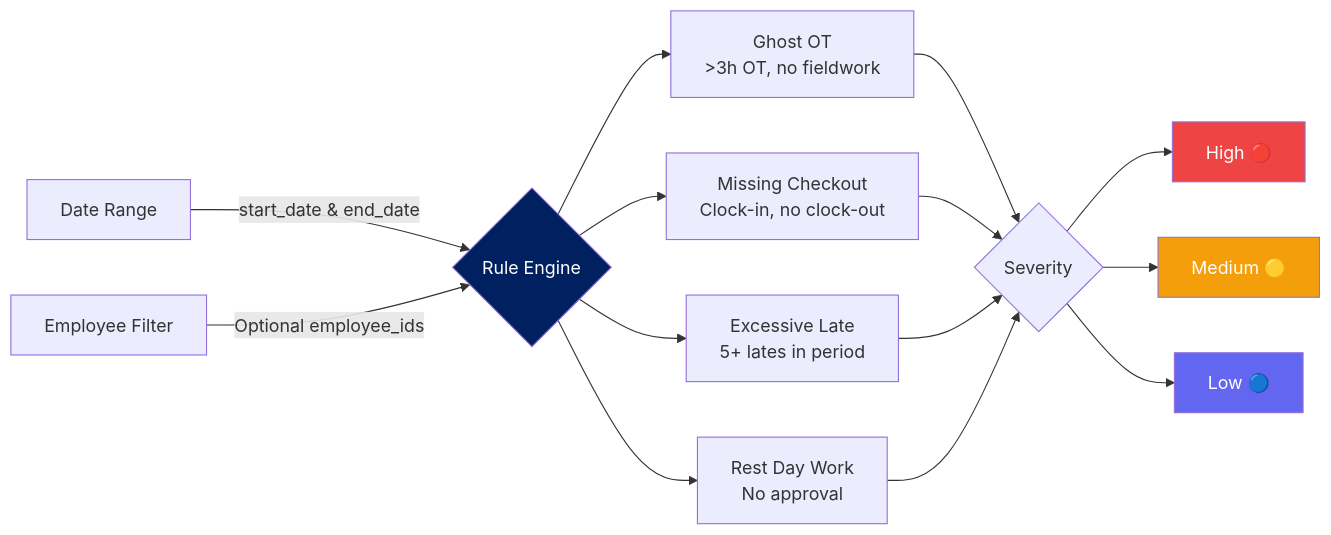
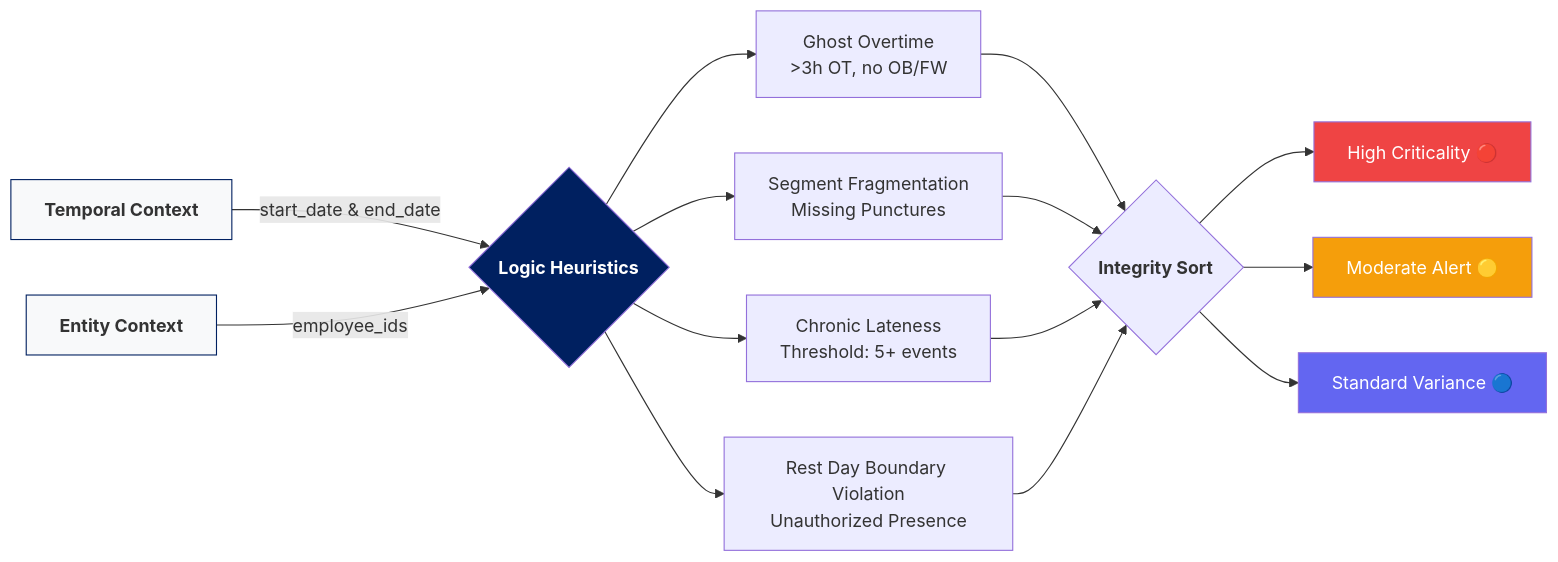
The fifth of 11 diagrams in README.md (binssente-crypto/PAYROLL-DOCUMENTATION), drawn with Mermaid before and after one commit. The commit also changed other lines of this file, not shown here.

````diff
--- a/README.md
+++ b/README.md
@@ -153,24 +184,26 @@
 ```mermaid
 flowchart LR
-    PERIOD[Date Range] -->|start_date & end_date| RULES{Rule Engine}
-    EMP[Employee Filter] -->|Optional employee_ids| RULES
+    PERIOD[<b>Temporal Context</b>] -->|start_date & end_date| RULES{<b>Logic Heuristics</b>}
+    EMP[<b>Entity Context</b>] -->|employee_ids| RULES
     
-    RULES --> R1["Ghost OT\n>3h OT, no fieldwork"]
-    RULES --> R2["Missing Checkout\nClock-in, no clock-out"]
-    RULES --> R3["Excessive Late\n5+ lates in period"]
-    RULES --> R4["Rest Day Work\nNo approval"]
+    RULES --> R1["Ghost Overtime<br/>>3h OT, no OB/FW"]
+    RULES --> R2["Segment Fragmentation<br/>Missing Punctures"]
+    RULES --> R3["Chronic Lateness<br/>Threshold: 5+ events"]
+    RULES --> R4["Rest Day Boundary Violation<br/>Unauthorized Presence"]
     
-    R1 --> SEV{Severity}
+    R1 --> SEV{<b>Integrity Sort</b>}
     R2 --> SEV
     R3 --> SEV
     R4 --> SEV
     
-    SEV --> HIGH[High 🔴]
-    SEV --> MED[Medium 🟡]
-    SEV --> LOW[Low 🔵]
+    SEV --> HIGH[High Criticality 🔴]
+    SEV --> MED[Moderate Alert 🟡]
+    SEV --> LOW[Standard Variance 🔵]
 
     style RULES fill:#002060,color:#fff
+    style PERIOD fill:#f8f9fa,stroke:#002060
+    style EMP fill:#f8f9fa,stroke:#002060
     style HIGH fill:#ef4444,color:#fff
     style MED fill:#f59e0b,color:#fff
     style LOW fill:#6366f1,color:#fff
 ```
````
